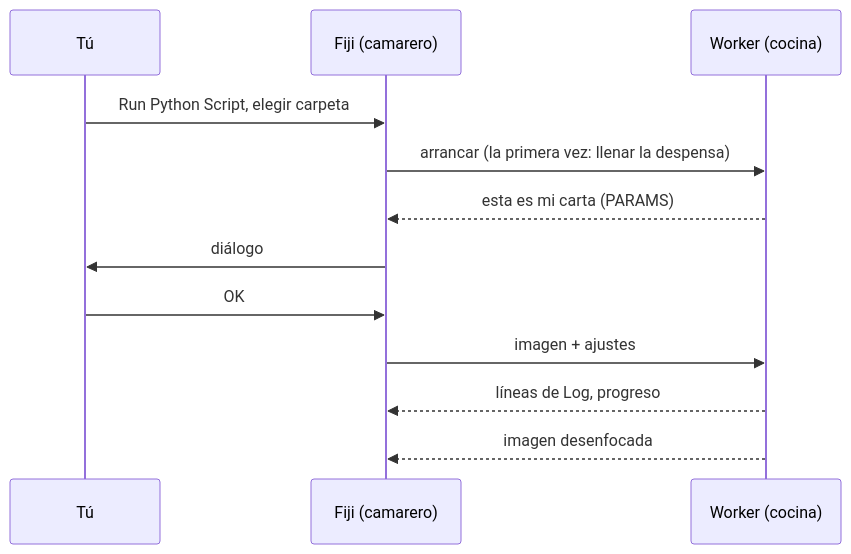
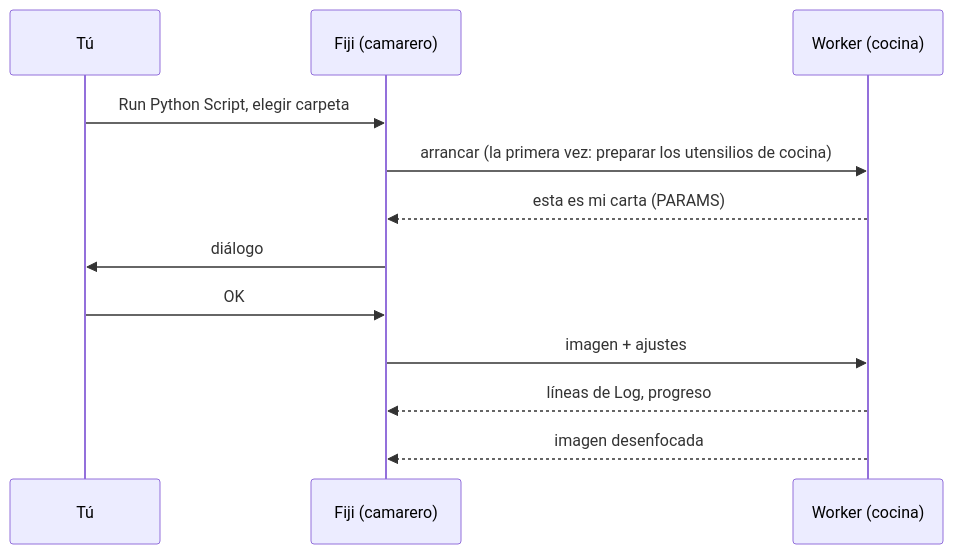
The diagram in guide/fiji/first-run.es.md (Oxford-Zeiss-Centre-of-Excellence/Wavu), drawn with Mermaid before and after one commit. The commit also changed other lines of this file and 221 other files, not shown here.

````diff
--- a/guide/fiji/first-run.es.md
+++ b/guide/fiji/first-run.es.md
@@ -10,14 +10,14 @@
 ```mermaid
 sequenceDiagram
     participant You as Tú
     participant Fiji as Fiji (camarero)
     participant W as Worker (cocina)
     You->>Fiji: Run Python Script, elegir carpeta
-    Fiji->>W: arrancar (la primera vez: llenar la despensa)
+    Fiji->>W: arrancar (la primera vez: preparar los utensilios de cocina)
     W-->>Fiji: esta es mi carta (PARAMS)
     Fiji->>You: diálogo
     You->>Fiji: OK
     Fiji->>W: imagen + ajustes
     W-->>Fiji: líneas de Log, progreso
     W-->>Fiji: imagen desenfocada
 ```
````
